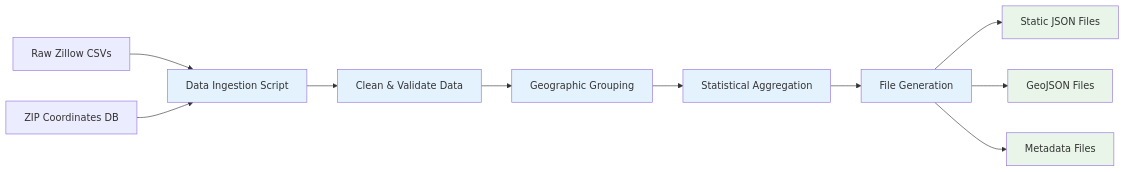
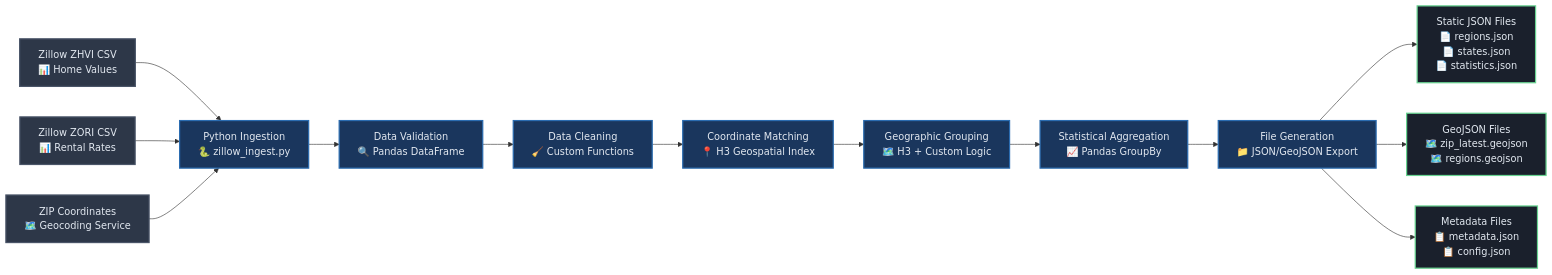
The second of 6 diagrams in WORKFLOW_DIAGRAM.md (RobertJStewart/RE), drawn with Mermaid before and after one commit. The commit also changed other lines of this file, not shown here.

First line of the commit message:
Enhanced workflow diagram with technical details and dark theme optimization

````diff
--- a/WORKFLOW_DIAGRAM.md
+++ b/WORKFLOW_DIAGRAM.md
@@ -70,24 +87,29 @@
 ```mermaid
 graph LR
-    %% Input
-    A[Raw Zillow CSVs] --> B[Data Ingestion Script]
-    C[ZIP Coordinates DB] --> B
+    %% Input Sources
+    A1[Zillow ZHVI CSV<br/>📊 Home Values] --> B[Python Ingestion<br/>🐍 zillow_ingest.py]
+    A2[Zillow ZORI CSV<br/>📊 Rental Rates] --> B
+    A3[ZIP Coordinates<br/>🗺️ Geocoding Service] --> B
     
-    %% Processing Steps
-    B --> D[Clean & Validate Data]
-    D --> E[Geographic Grouping]
-    E --> F[Statistical Aggregation]
-    F --> G[File Generation]
+    %% Processing Steps with Tools
+    B --> C[Data Validation<br/>🔍 Pandas DataFrame]
+    C --> D[Data Cleaning<br/>🧹 Custom Functions]
+    D --> E[Coordinate Matching<br/>📍 H3 Geospatial Index]
+    E --> F[Geographic Grouping<br/>🗺️ H3 + Custom Logic]
+    F --> G[Statistical Aggregation<br/>📈 Pandas GroupBy]
+    G --> H[File Generation<br/>📁 JSON/GeoJSON Export]
     
-    %% Output
-    G --> H[Static JSON Files]
-    G --> I[GeoJSON Files]
-    G --> J[Metadata Files]
+    %% Output Files
+    H --> I[Static JSON Files<br/>📄 regions.json<br/>📄 states.json<br/>📄 statistics.json]
+    H --> J[GeoJSON Files<br/>🗺️ zip_latest.geojson<br/>🗺️ regions.geojson]
+    H --> K[Metadata Files<br/>📋 metadata.json<br/>📋 config.json]
     
-    %% Styling
-    classDef process fill:#e3f2fd
-    classDef output fill:#e8f5e8
+    %% Dark Theme Optimized Styling
+    classDef input fill:#2d3748,stroke:#4a5568,stroke-width:2px,color:#e2e8f0
+    classDef process fill:#1a365d,stroke:#2b6cb0,stroke-width:2px,color:#e2e8f0
+    classDef output fill:#1a202c,stroke:#68d391,stroke-width:2px,color:#e2e8f0
     
-    class B,D,E,F,G process
-    class H,I,J output
+    class A1,A2,A3 input
+    class B,C,D,E,F,G,H process
+    class I,J,K output
 ```
````
